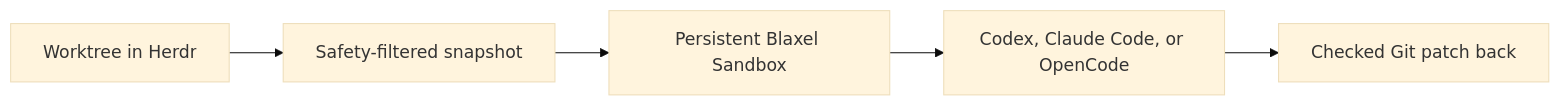
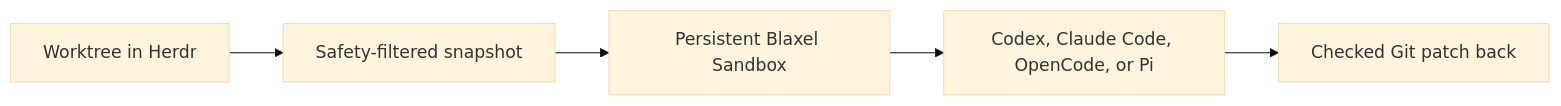
The diagram in README.md (blaxel-ai/herdr-blaxel-sandbox-plugin), drawn with Mermaid (base theme) before and after one commit. The commit also changed other lines of this file and 40 other files, not shown here.

````diff
--- a/README.md
+++ b/README.md
@@ -16,7 +16,7 @@
 ```mermaid
 flowchart LR
     A["Worktree in Herdr"] --> B["Safety-filtered snapshot"]
     B --> C["Persistent Blaxel Sandbox"]
-    C --> D["Codex, Claude Code, or OpenCode"]
+    C --> D["Codex, Claude Code, OpenCode, or Pi"]
     D --> E["Checked Git patch back"]
 ```
````
